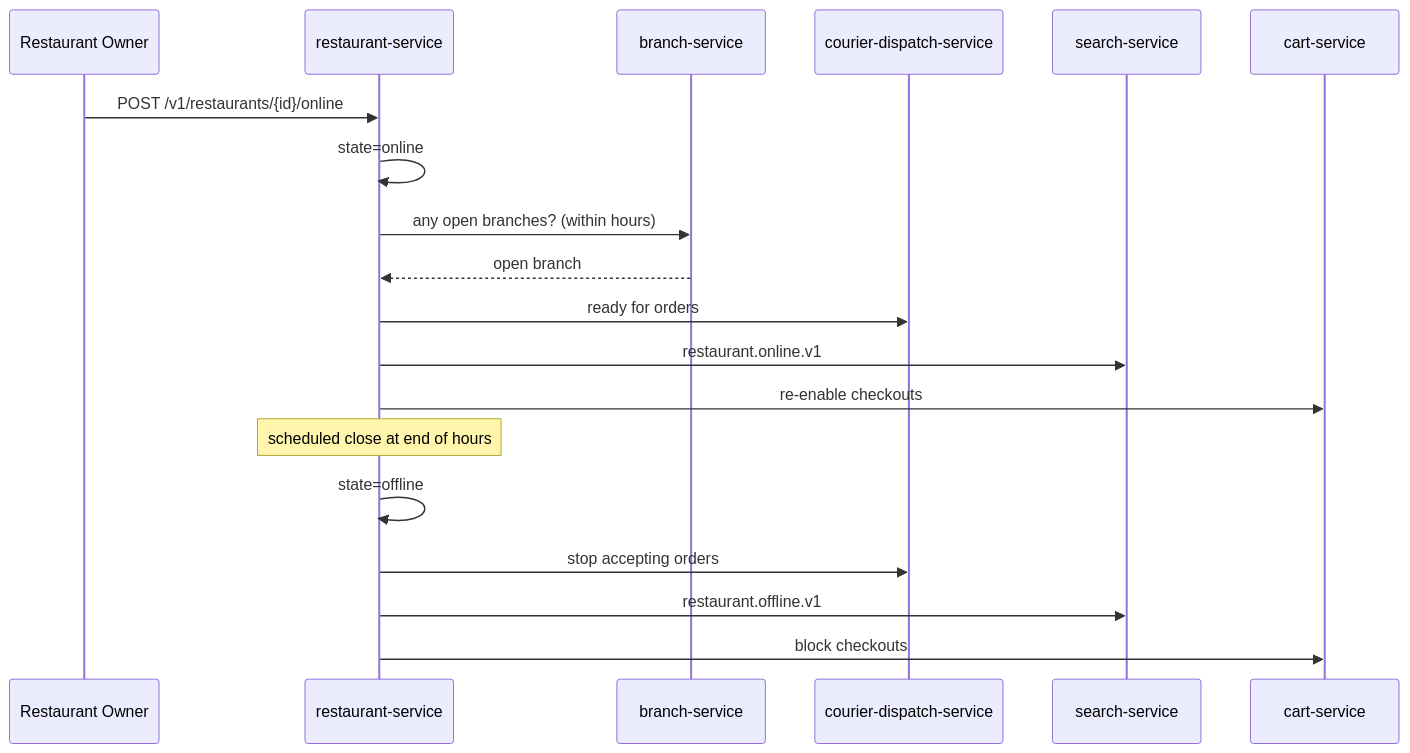
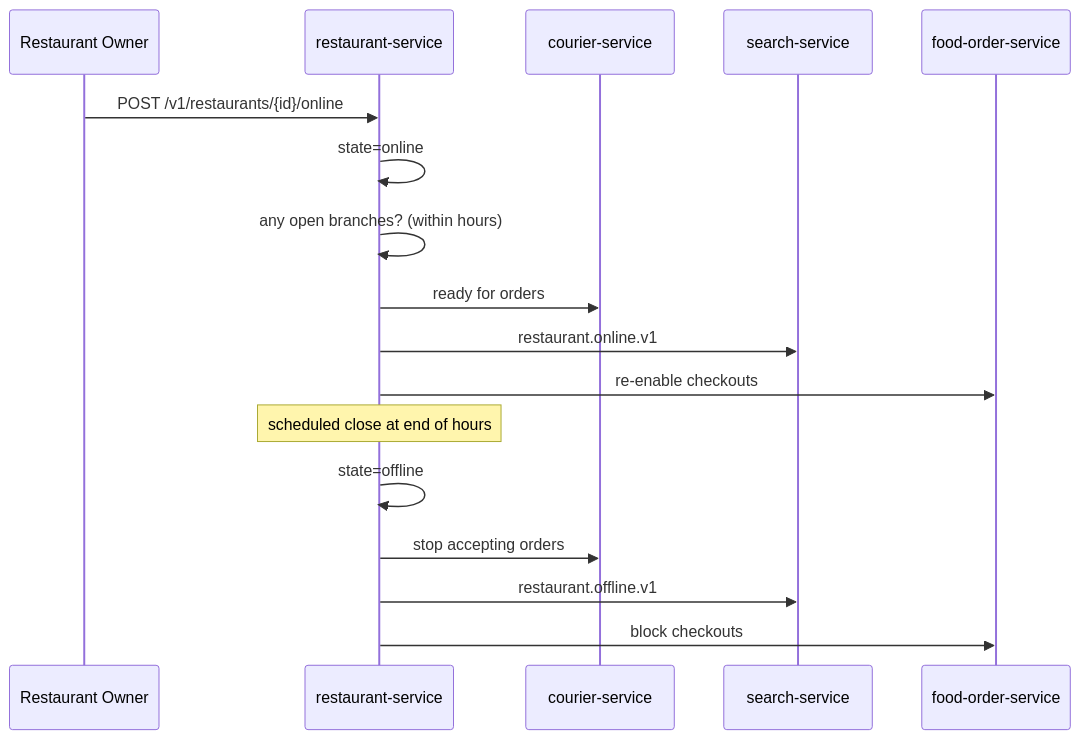
Before and after one commit to mohamedhabibwork/trips-enjoy-docs: the fifth of 10 diagrams in docs/workflows/MERCHANT_WORKFLOWS.md, drawn with Mermaid. The commit also changed other lines of this file and 525 other files, not shown here.

````diff
--- a/docs/workflows/MERCHANT_WORKFLOWS.md
+++ b/docs/workflows/MERCHANT_WORKFLOWS.md
@@ -119,22 +118,20 @@
 ```mermaid
 sequenceDiagram
     participant OWN as Restaurant Owner
     participant RES as restaurant-service
-    participant BRH as branch-service
-    participant CDP as courier-dispatch-service
+    participant COS as courier-service
     participant SR as search-service
-    participant CRT as cart-service
+    participant FOR as food-order-service
 
     OWN->>RES: POST /v1/restaurants/{id}/online
     RES->>RES: state=online
-    RES->>BRH: any open branches? (within hours)
-    BRH-->>RES: open branch
-    RES->>CDP: ready for orders
+    RES->>RES: any open branches? (within hours)
+    RES->>COS: ready for orders
     RES->>SR: restaurant.online.v1
-    RES->>CRT: re-enable checkouts
+    RES->>FOR: re-enable checkouts
     Note over RES: scheduled close at end of hours
     RES->>RES: state=offline
-    RES->>CDP: stop accepting orders
+    RES->>COS: stop accepting orders
     RES->>SR: restaurant.offline.v1
-    RES->>CRT: block checkouts
+    RES->>FOR: block checkouts
 ```
````
